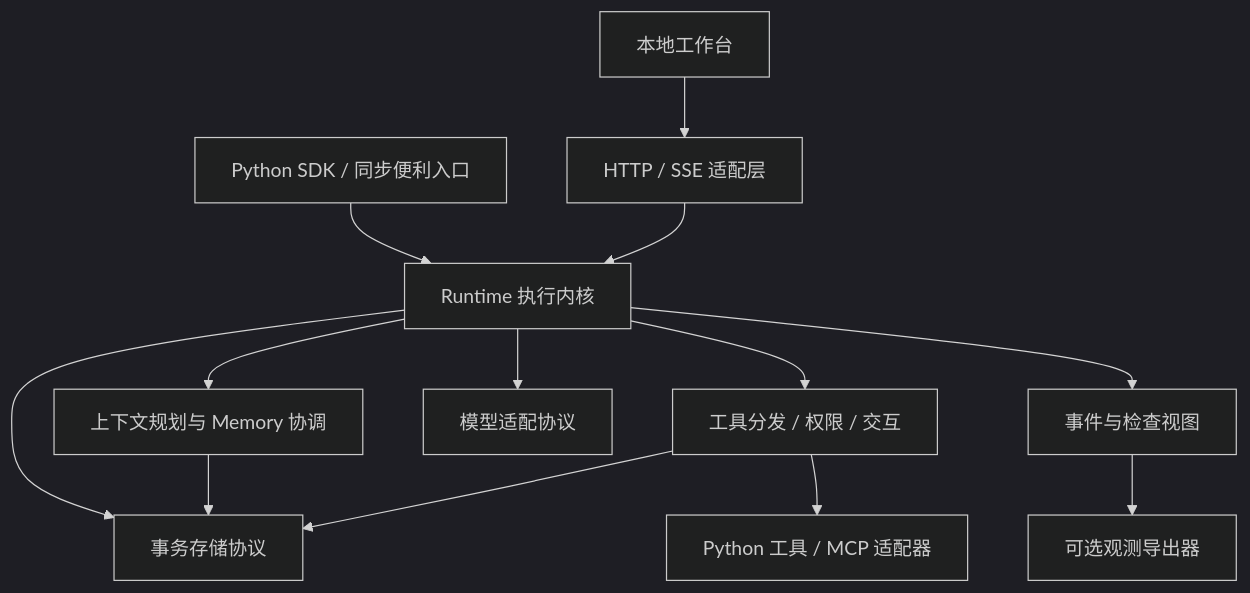
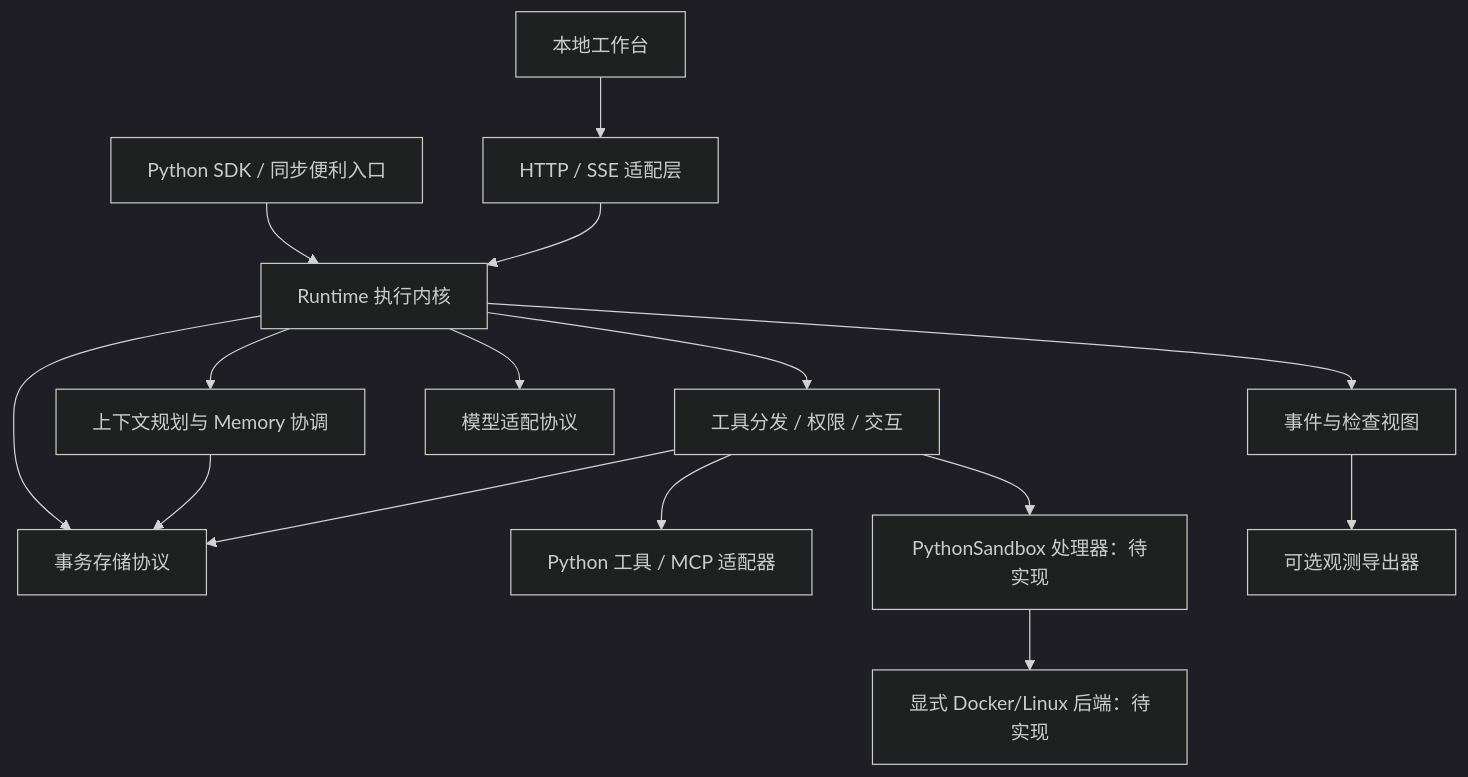
The diagram in docs/planning/architecture.md (drov-ai/drov), drawn with Mermaid (dark theme) before and after one commit. The commit also changed other lines of this file and 22 other files, not shown here.

Commit message:
docs: plan first-release Python code sandbox [skip ci]

````diff
--- a/docs/planning/architecture.md
+++ b/docs/planning/architecture.md
@@ -15,15 +15,17 @@
 ```mermaid
 flowchart TD
     SDK[Python SDK / 同步便利入口] --> R[Runtime 执行内核]
     UI[本地工作台] --> HTTP[HTTP / SSE 适配层]
     HTTP --> R
     R --> C[上下文规划与 Memory 协调]
     R --> T[工具分发 / 权限 / 交互]
     R --> P[模型适配协议]
     R --> S[事务存储协议]
     R --> E[事件与检查视图]
     C --> S
     T --> S
     T --> EXT[Python 工具 / MCP 适配器]
+    T --> SB[PythonSandbox 处理器：待实现]
+    SB --> DB[显式 Docker/Linux 后端：待实现]
     E --> O[可选观测导出器]
 ```
````
